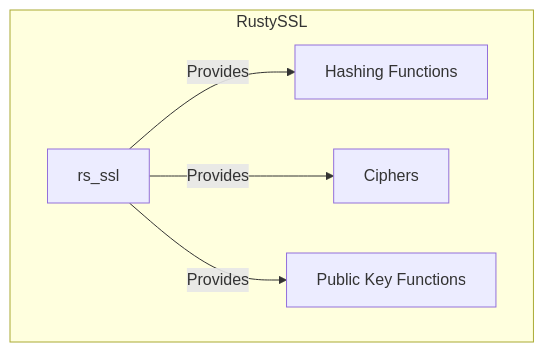
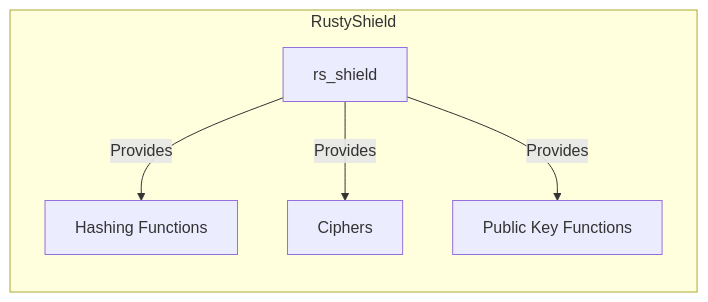
The diagram in README.md (Azgrom/RustyShield), drawn with Mermaid before and after one commit. The commit also changed other lines of this file and 78 other files, not shown here.

Commit message:
refactor: rename for RustyShield

````diff
--- a/README.md
+++ b/README.md
@@ -60,14 +60,14 @@
 ```mermaid
-graph TB
+graph LR
 
-    subgraph RustySSL["RustySSL"]
-        rs_ssl["rs_ssl"]
+    subgraph RustyShield["RustyShield"]
+        rs_shield["rs_shield"]
         HashingFunctions["Hashing Functions"]
         Ciphers["Ciphers"]
         PublicKey["Public Key Functions"]
     end
 
-    rs_ssl -->|Provides| HashingFunctions
-    rs_ssl -->|Provides| Ciphers
-    rs_ssl -->|Provides| PublicKey
+    rs_shield -->|Provides| HashingFunctions
+    rs_shield -->|Provides| Ciphers
+    rs_shield -->|Provides| PublicKey
 ```
````
